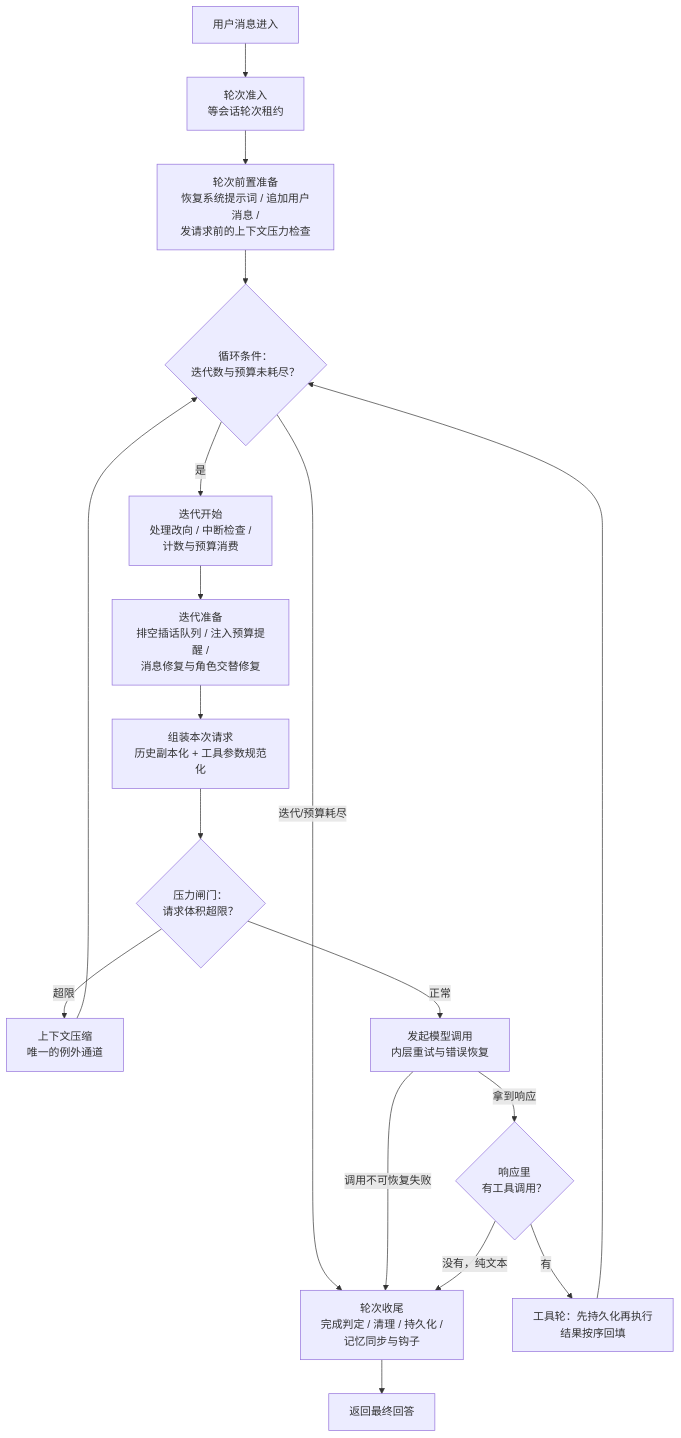
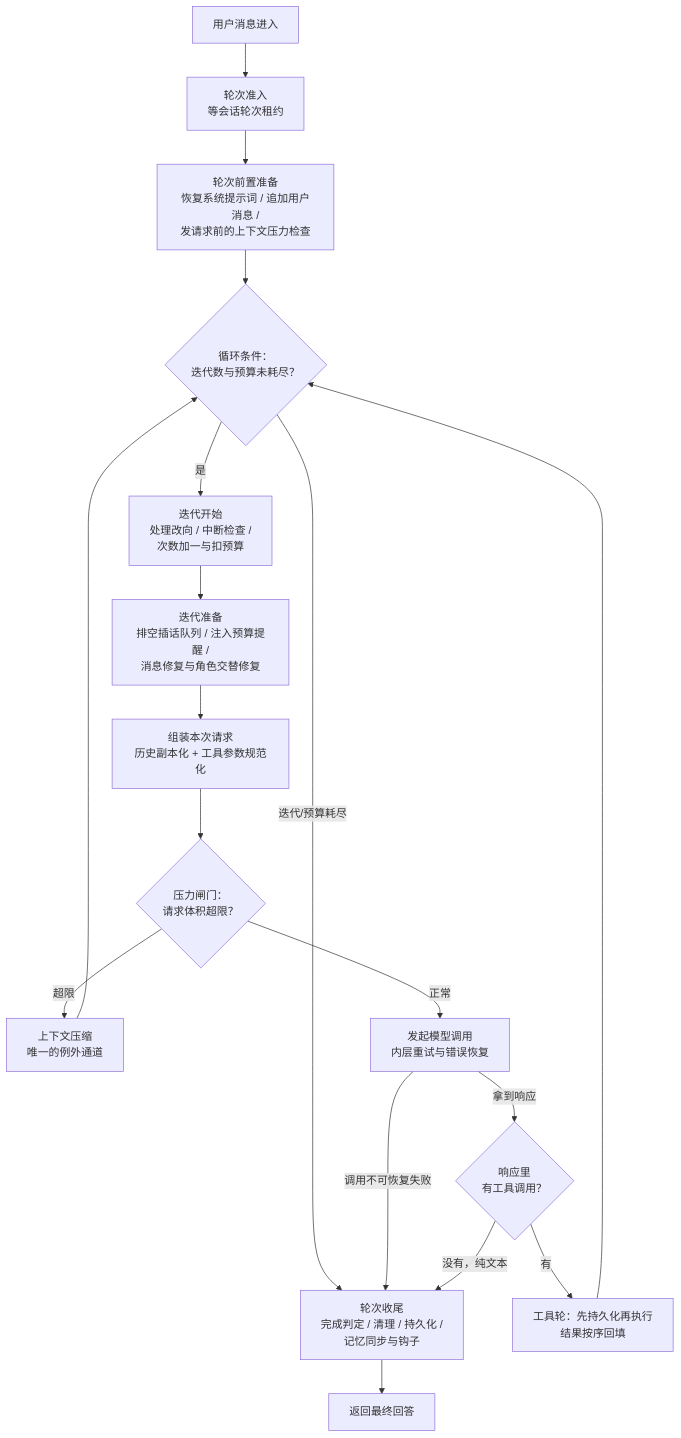
Before and after one commit to Mr-ZeLong/hermes-agent-analysis: the diagram in docs/agent-loop.md, drawn with Mermaid. The commit also changed other lines of this file and 1 other file, not shown here.

````diff
--- a/docs/agent-loop.md
+++ b/docs/agent-loop.md
@@ -24,19 +24,19 @@
 ```mermaid
 flowchart TD
     A[用户消息进入] --> B[轮次准入<br>等会话轮次租约]
     B --> C[轮次前置准备<br>恢复系统提示词 / 追加用户消息 /<br>发请求前的上下文压力检查]
     C --> D{循环条件：<br>迭代数与预算未耗尽？}
     D -- 迭代/预算耗尽 --> W[轮次收尾<br>完成判定 / 清理 / 持久化 /<br>记忆同步与钩子]
-    D -- 是 --> E[迭代开始<br>处理改向 / 中断检查 /<br>计数与预算消费]
+    D -- 是 --> E[迭代开始<br>处理改向 / 中断检查 /<br>次数加一与扣预算]
     E --> F[迭代准备<br>排空插话队列 / 注入预算提醒 /<br>消息修复与角色交替修复]
     F --> G[组装本次请求<br>历史副本化 + 工具参数规范化]
     G --> G2{压力闸门：<br>请求体积超限？}
     G2 -- 超限 --> H[上下文压缩<br>唯一的例外通道] --> D
     G2 -- 正常 --> I[发起模型调用<br>内层重试与错误恢复]
     I -- 调用不可恢复失败 --> W
     I -- 拿到响应 --> J{响应里<br>有工具调用？}
     J -- 有 --> K[工具轮：先持久化再执行<br>结果按序回填]
     K --> D
     J -- 没有，纯文本 --> W
     W --> L[返回最终回答]
 ```
````
